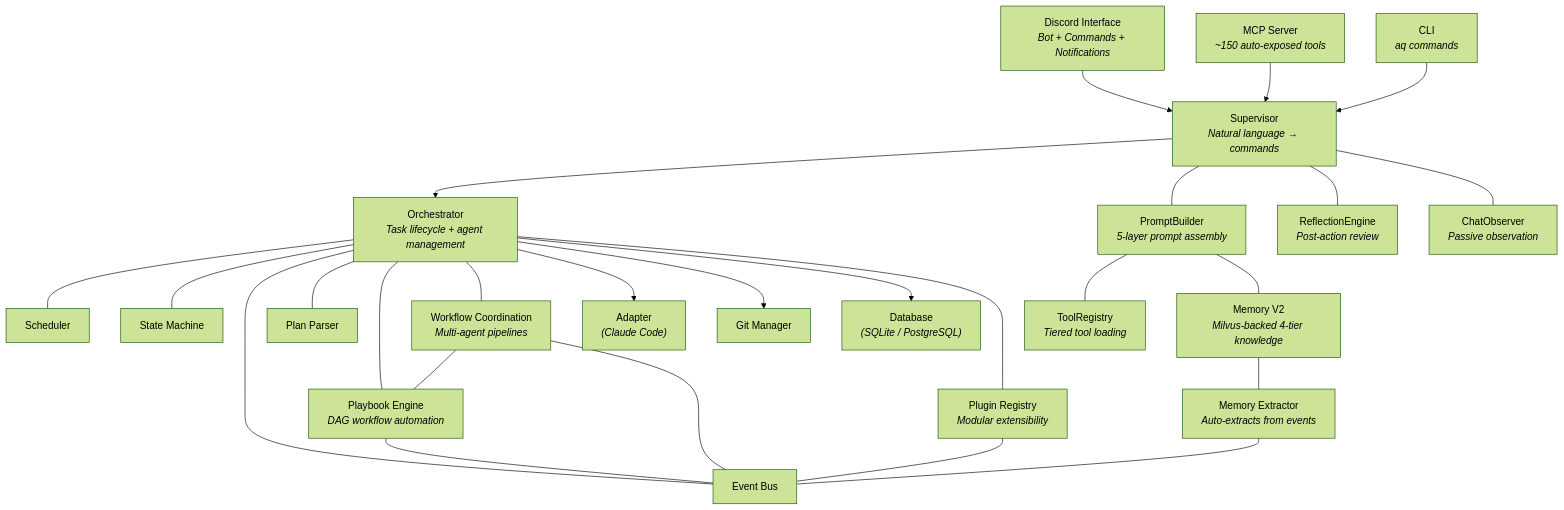
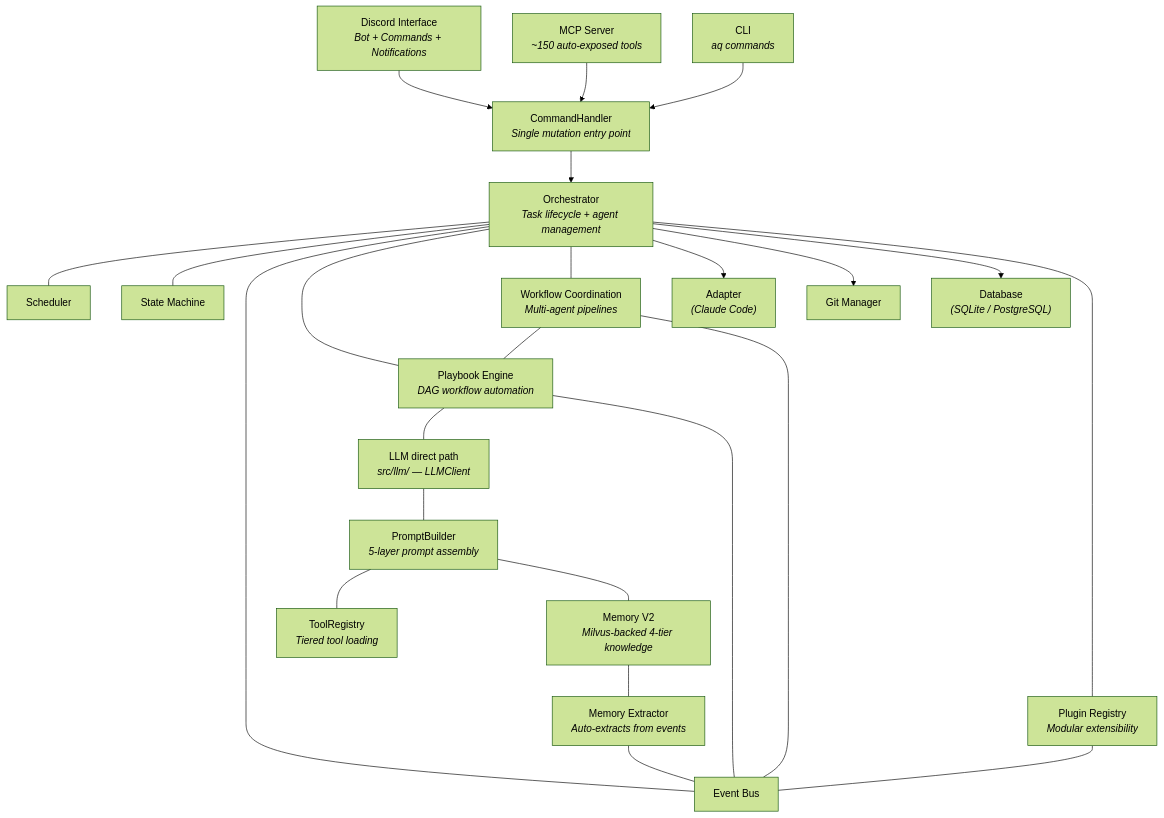
The diagram in docs/guides/architecture.md (ElectricJack/agent-queue), drawn with Mermaid (forest theme) before and after one commit. The commit also changed other lines of this file and 19 other files, not shown here.

First line of the commit message:
docs: llm direct path — config.md, llm-logging, supervisor-agent §10, CLAUDE.md, spec addendum

````diff
--- a/docs/guides/architecture.md
+++ b/docs/guides/architecture.md
@@ -13,49 +13,45 @@
 ```mermaid
 graph TD
     Discord["Discord Interface<br/><i>Bot + Commands + Notifications</i>"]
     MCP["MCP Server<br/><i>~150 auto-exposed tools</i>"]
     CLI["CLI<br/><i>aq commands</i>"]
-    Supervisor["Supervisor<br/><i>Natural language → commands</i>"]
+    CmdHandler["CommandHandler<br/><i>Single mutation entry point</i>"]
+    LLM["LLM direct path<br/><i>src/llm/ — LLMClient</i>"]
     PB["PromptBuilder<br/><i>5-layer prompt assembly</i>"]
     TR["ToolRegistry<br/><i>Tiered tool loading</i>"]
-    Reflect["ReflectionEngine<br/><i>Post-action review</i>"]
-    ChatObs["ChatObserver<br/><i>Passive observation</i>"]
     Orch["Orchestrator<br/><i>Task lifecycle + agent management</i>"]
     Sched[Scheduler]
     SM[State Machine]
     EB[Event Bus]
-    PP[Plan Parser]
     Playbooks["Playbook Engine<br/><i>DAG workflow automation</i>"]
     Plugins["Plugin Registry<br/><i>Modular extensibility</i>"]
     Adapter["Adapter<br/><i>(Claude Code)</i>"]
     Git["Git Manager"]
     DB["Database<br/><i>(SQLite / PostgreSQL)</i>"]
     Memory["Memory V2<br/><i>Milvus-backed 4-tier knowledge</i>"]
     Extractor["Memory Extractor<br/><i>Auto-extracts from events</i>"]
     Workflows["Workflow Coordination<br/><i>Multi-agent pipelines</i>"]
 
-    Discord --> Supervisor --> Orch
-    MCP --> Supervisor
-    CLI --> Supervisor
-    Supervisor --- PB
-    Supervisor --- Reflect
-    Supervisor --- ChatObs
+    Discord --> CmdHandler --> Orch
+    MCP --> CmdHandler
+    CLI --> CmdHandler
+    Playbooks --- LLM
+    LLM --- PB
     PB --- TR
     PB --- Memory
     Orch --- Sched
     Orch --- SM
     Orch --- EB
-    Orch --- PP
     Orch --- Playbooks
     Orch --- Workflows
     Orch --> Adapter
     Orch --> Git
     Orch --> DB
     Orch --- Plugins
     Workflows --- Playbooks
     Workflows --- EB
     Memory --- Extractor
     Extractor --- EB
     Playbooks --- EB
     Plugins --- EB
 ```
````
